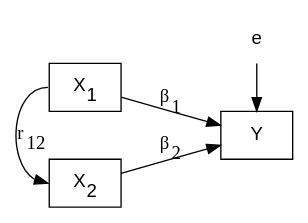
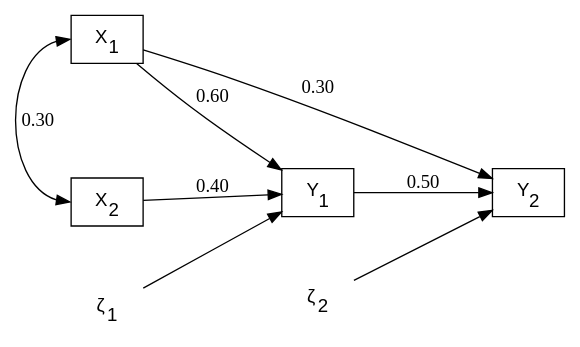
One commit to pennekampster/Swiss_SEM changed diagram 20 of 26 in 5_Slides/Intro_to_SEM_part1.qmd. Above: the diagram before and after it, drawn with Graphviz. The commit also changed other lines of this file and 5 other files, not shown here.

````diff
--- a/5_Slides/Intro_to_SEM_part1.qmd
+++ b/5_Slides/Intro_to_SEM_part1.qmd
@@ -1237,34 +1107,20 @@
 ```{dot}
-//| fig-width: 5
-//| fig-height: 3
-
+//| fig-width: 4.8
+//| fig-height: 3.6
 digraph {
-
-  # graph statement
-  graph [overlap = false, fontsize = 10, layout = dot, ranksep = 0.8, rankdir = LR]
-
-  # node statements
+  graph [rankdir = LR, fontsize = 14, ranksep = 1.0, nodesep = 0.6]
   node [shape = box, fontname = Helvetica]
-  X1 [label = <X<SUB>1</SUB>> pos = "0,1!"]
-  X2 [label = <X<SUB>2</SUB>> pos = "0,-1!"]
-  Y [pos = "2,0.5"]
-  
-  # error term
+  X1 [label = <X<SUB>1</SUB>>]; X2 [label = <X<SUB>2</SUB>>]
+  Y1 [label = <Y<SUB>1</SUB>>]; Y2 [label = <Y<SUB>2</SUB>>]
   node [shape = plaintext, fontname = Helvetica]
-  e [pos = "2,2!"]
-
-  # edge statements - causal paths
-  X1 -> Y [label = <β<SUB>1</SUB>>]
-  X2 -> Y [label = <β<SUB>2</SUB>>]
-  
-  # correlation between X1 and X2
-  X1:w -> X2:w [dir=both, label = <r<SUB>12</SUB>>]
-  
-  # error term on Y
-  e -> Y
-
-  # control the placement of elements
-  {rank = same; X1; X2}
-  {rank = same; Y; e}
+  z1 [label = <&zeta;<SUB>1</SUB>>]; z2 [label = <&zeta;<SUB>2</SUB>>]
+  X1 -> Y1 [label = "0.60"]
+  X2 -> Y1 [label = "0.40"]
+  Y1 -> Y2 [label = "0.50"]
+  X1 -> Y2 [label = "0.30"]
+  X1:w -> X2:w [dir = both, constraint = false, label = "0.30"]
+  z1 -> Y1; z2 -> Y2
+  {rank = min; X1; X2}
+  {rank = max; Y2}
 }
 ```
````
